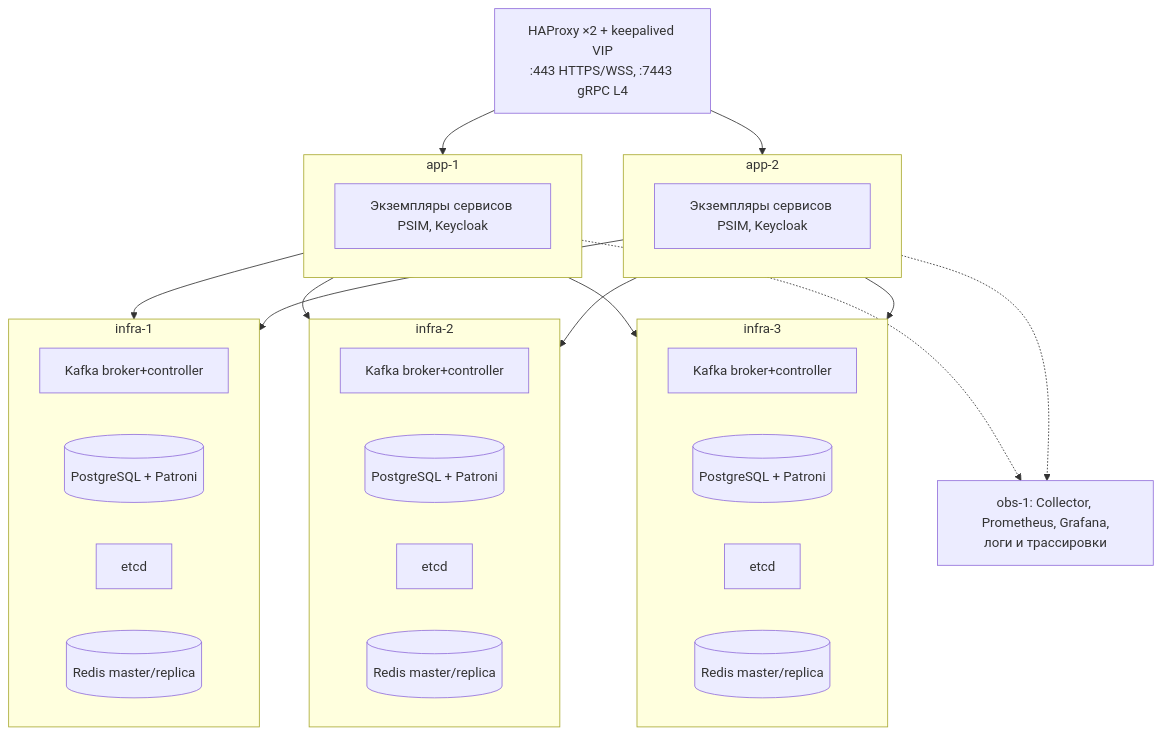
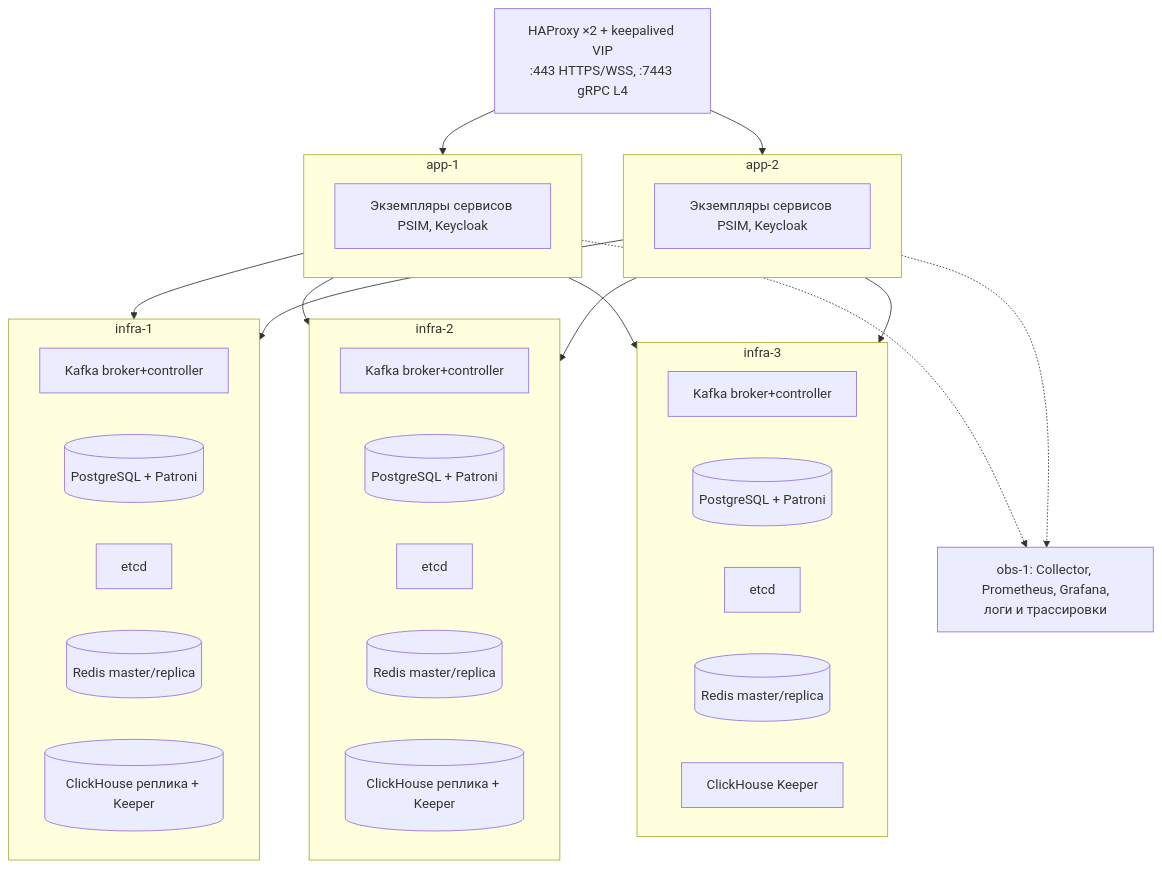
The second of 2 diagrams in docs/architecture/deployment.md (d8zerg/psim), drawn with Mermaid before and after one commit. The commit also changed other lines of this file and 76 other files, not shown here.

````diff
--- a/docs/architecture/deployment.md
+++ b/docs/architecture/deployment.md
@@ -66,35 +67,38 @@
 ```mermaid
 flowchart TB
     LB[HAProxy ×2 + keepalived VIP<br/>:443 HTTPS/WSS, :7443 gRPC L4]
     subgraph I1 [infra-1]
         K1[Kafka broker+controller]
         P1[(PostgreSQL + Patroni)]
         E1[etcd]
         R1[(Redis master/replica)]
+        C1[(ClickHouse реплика + Keeper)]
     end
     subgraph I2 [infra-2]
         K2[Kafka broker+controller]
         P2[(PostgreSQL + Patroni)]
         E2[etcd]
         R2[(Redis master/replica)]
+        C2[(ClickHouse реплика + Keeper)]
     end
     subgraph I3 [infra-3]
         K3[Kafka broker+controller]
         P3[(PostgreSQL + Patroni)]
         E3[etcd]
         R3[(Redis master/replica)]
+        C3[ClickHouse Keeper]
     end
     subgraph A1 [app-1]
         SA[Экземпляры сервисов PSIM, Keycloak]
     end
     subgraph A2 [app-2]
         SB[Экземпляры сервисов PSIM, Keycloak]
     end
     OBS[obs-1: Collector, Prometheus, Grafana,<br/>логи и трассировки]
     LB --> A1
     LB --> A2
     A1 --> I1 & I2 & I3
     A2 --> I1 & I2 & I3
     A1 -.-> OBS
     A2 -.-> OBS
 ```
````
